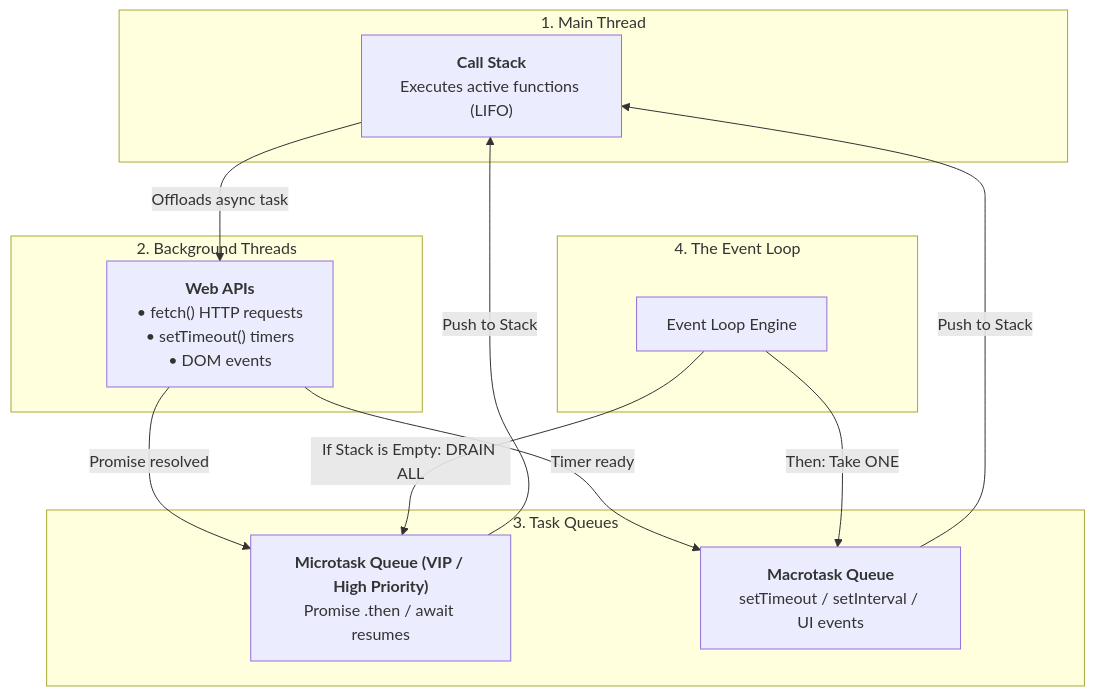
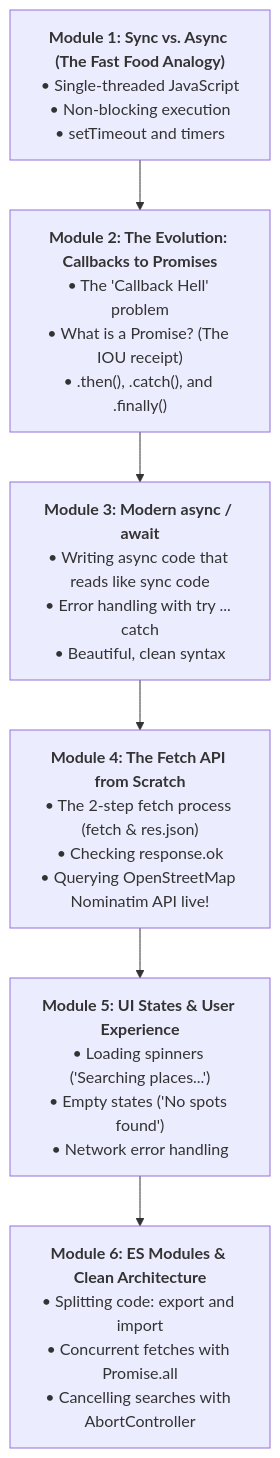
Before and after one commit to ajibolagenius/LagosDataSchool: the first of 6 diagrams in full_stack_development_class_notes/Week 9_ Asynchronous JavaScript & Modern ES6+.md, drawn with Mermaid. The commit also changed other lines of this file and 20 other files, not shown here.

````diff
--- a/full_stack_development_class_notes/Week 9_ Asynchronous JavaScript & Modern ES6+.md
+++ b/full_stack_development_class_notes/Week 9_ Asynchronous JavaScript & Modern ES6+.md
@@ -24,28 +18,9 @@
 ```mermaid
 flowchart TD
-    subgraph Synchronous["1. Main Thread"]
-        Stack["<b>Call Stack</b><br/>Executes active functions (LIFO)"]
-    end
-
-    subgraph BrowserCore["2. Background Threads"]
-        WebAPI["<b>Web APIs</b><br/>• fetch() HTTP requests<br/>• setTimeout() timers<br/>• DOM events"]
-    end
-
-    subgraph Queues["3. Task Queues"]
-        Micro["<b>Microtask Queue (VIP / High Priority)</b><br/>Promise .then / await resumes"]
-        Macro["<b>Macrotask Queue</b><br/>setTimeout / setInterval / UI events"]
-    end
-
-    Stack -->|"Offloads async task"| WebAPI
-    WebAPI -->|"Timer ready"| Macro
-    WebAPI -->|"Promise resolved"| Micro
-
-    subgraph Loop["4. The Event Loop"]
-        EL["Event Loop Engine"]
-    end
-
-    EL -->|"If Stack is Empty: DRAIN ALL"| Micro
-    Micro -->|"Push to Stack"| Stack
-    EL -->|"Then: Take ONE"| Macro
-    Macro -->|"Push to Stack"| Stack
+    M1["<b>Module 1: Sync vs. Async (The Fast Food Analogy)</b><br/>• Single-threaded JavaScript<br/>• Non-blocking execution<br/>• setTimeout and timers"]
+    --> M2["<b>Module 2: The Evolution: Callbacks to Promises</b><br/>• The 'Callback Hell' problem<br/>• What is a Promise? (The IOU receipt)<br/>• .then(), .catch(), and .finally()"]
+    --> M3["<b>Module 3: Modern async / await</b><br/>• Writing async code that reads like sync code<br/>• Error handling with try ... catch<br/>• Beautiful, clean syntax"]
+    --> M4["<b>Module 4: The Fetch API from Scratch</b><br/>• The 2-step fetch process (fetch & res.json)<br/>• Checking response.ok<br/>• Querying OpenStreetMap Nominatim API live!"]
+    --> M5["<b>Module 5: UI States & User Experience</b><br/>• Loading spinners ('Searching places...')<br/>• Empty states ('No spots found')<br/>• Network error handling"]
+    --> M6["<b>Module 6: ES Modules & Clean Architecture</b><br/>• Splitting code: export and import<br/>• Concurrent fetches with Promise.all<br/>• Cancelling searches with AbortController"]
 ```
````
